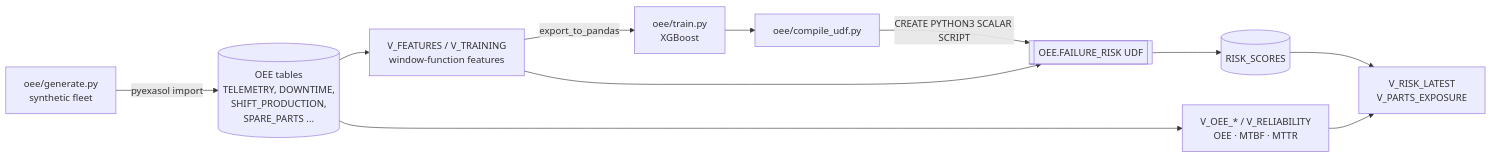
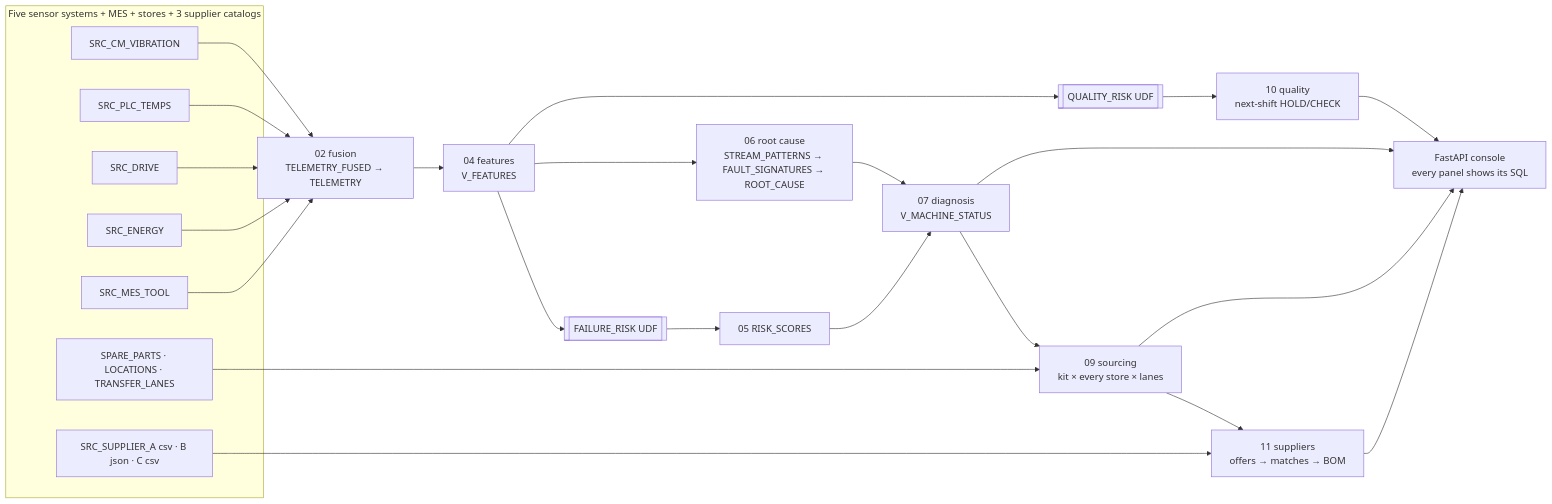
One commit to MrinalDesai/exasol-oee-command-center changed the diagram in README.md. Above: the diagram before and after it, drawn with Mermaid. The commit also changed other lines of this file and 56 other files, not shown here.

Commit message:
Five-step Track 03 demo: combine sources, root cause from stream patterns, parts across store systems, quality check before the shift, supplier deep scan

````diff
--- a/README.md
+++ b/README.md
@@ -61,13 +73,20 @@
 ```mermaid
 flowchart LR
-    G[oee/generate.py<br/>synthetic fleet] -->|pyexasol import| T[(OEE tables<br/>TELEMETRY, DOWNTIME,<br/>SHIFT_PRODUCTION,<br/>SPARE_PARTS ...)]
-    T --> V1[V_OEE_* / V_RELIABILITY<br/>OEE · MTBF · MTTR]
-    T --> V2[V_FEATURES / V_TRAINING<br/>window-function features]
-    V2 -->|export_to_pandas| TR[oee/train.py<br/>XGBoost]
-    TR --> C[oee/compile_udf.py]
-    C -->|CREATE PYTHON3 SCALAR SCRIPT| U[[OEE.FAILURE_RISK UDF]]
-    V2 --> U
-    U --> R[(RISK_SCORES)]
-    R --> D[V_RISK_LATEST<br/>V_PARTS_EXPOSURE]
-    V1 --> D
+    subgraph Sources["Five sensor systems + MES + stores + 3 supplier catalogs"]
+      S1[SRC_CM_VIBRATION] & S2[SRC_PLC_TEMPS] & S3[SRC_DRIVE] & S4[SRC_ENERGY] & S5[SRC_MES_TOOL]
+      SP[SPARE_PARTS · LOCATIONS · TRANSFER_LANES]
+      SUP[SRC_SUPPLIER_A csv · B json · C csv]
+    end
+    S1 & S2 & S3 & S4 & S5 --> F[02 fusion<br/>TELEMETRY_FUSED → TELEMETRY]
+    F --> FE[04 features<br/>V_FEATURES]
+    FE --> U1[[FAILURE_RISK UDF]] --> R[05 RISK_SCORES]
+    FE --> RC[06 root cause<br/>STREAM_PATTERNS → FAULT_SIGNATURES → ROOT_CAUSE]
+    RC --> D[07 diagnosis<br/>V_MACHINE_STATUS]
+    R --> D
+    D --> SRC[09 sourcing<br/>kit × every store × lanes]
+    SP --> SRC
+    FE --> U2[[QUALITY_RISK UDF]] --> Q[10 quality<br/>next-shift HOLD/CHECK]
+    SUP --> M[11 suppliers<br/>offers → matches → BOM]
+    SRC --> M
+    D & SRC & Q & M --> UI[FastAPI console<br/>every panel shows its SQL]
 ```
````
